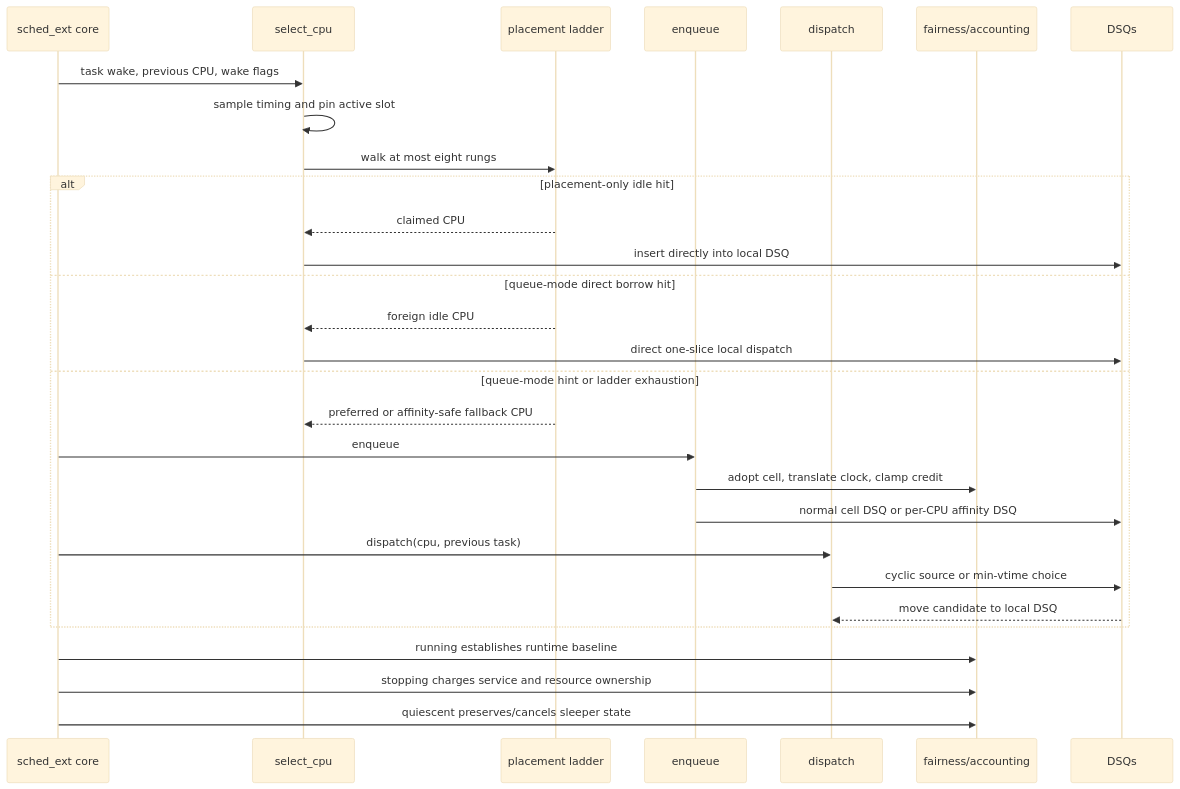
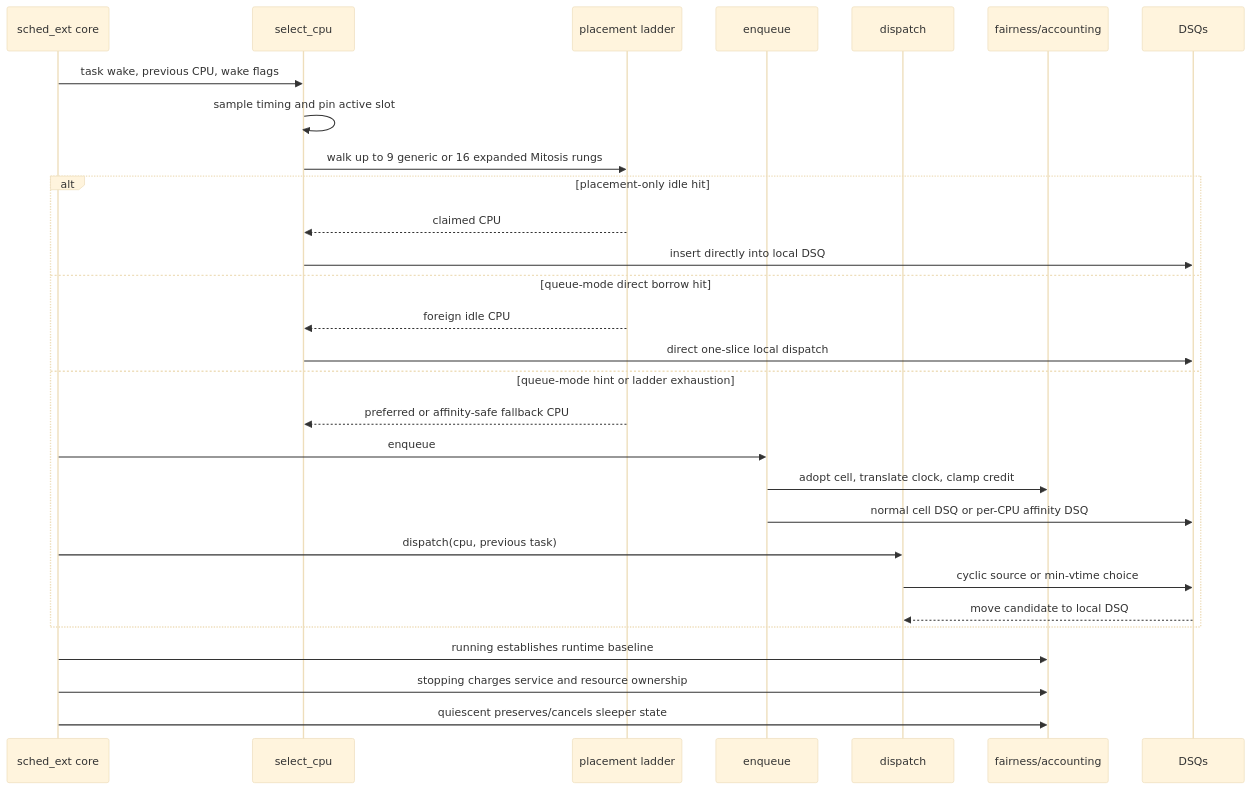
Before and after one commit to tommy-u/scx: the second of 5 diagrams in docs/snake-review/architecture.md, drawn with Mermaid (base theme). The commit also changed other lines of this file and 18 other files, not shown here.

````diff
--- a/docs/snake-review/architecture.md
+++ b/docs/snake-review/architecture.md
@@ -84,32 +84,32 @@
 ```mermaid
 sequenceDiagram
     participant K as sched_ext core
     participant S as select_cpu
     participant L as placement ladder
     participant E as enqueue
     participant D as dispatch
     participant F as fairness/accounting
     participant Q as DSQs
 
     K->>S: task wake, previous CPU, wake flags
     S->>S: sample timing and pin active slot
-    S->>L: walk at most eight rungs
+    S->>L: walk up to 9 generic or 16 expanded Mitosis rungs
     alt placement-only idle hit
         L-->>S: claimed CPU
         S->>Q: insert directly into local DSQ
     else queue-mode direct borrow hit
         L-->>S: foreign idle CPU
         S->>Q: direct one-slice local dispatch
     else queue-mode hint or ladder exhaustion
         L-->>S: preferred or affinity-safe fallback CPU
         K->>E: enqueue
         E->>F: adopt cell, translate clock, clamp credit
         E->>Q: normal cell DSQ or per-CPU affinity DSQ
         K->>D: dispatch(cpu, previous task)
         D->>Q: cyclic source or min-vtime choice
         Q-->>D: move candidate to local DSQ
     end
     K->>F: running establishes runtime baseline
     K->>F: stopping charges service and resource ownership
     K->>F: quiescent preserves/cancels sleeper state
 ```
````
